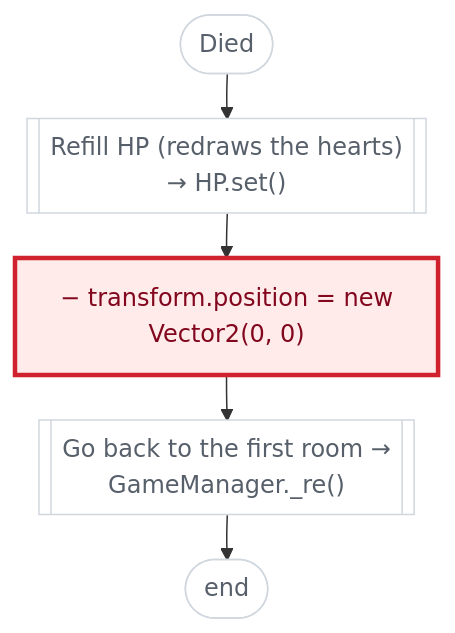
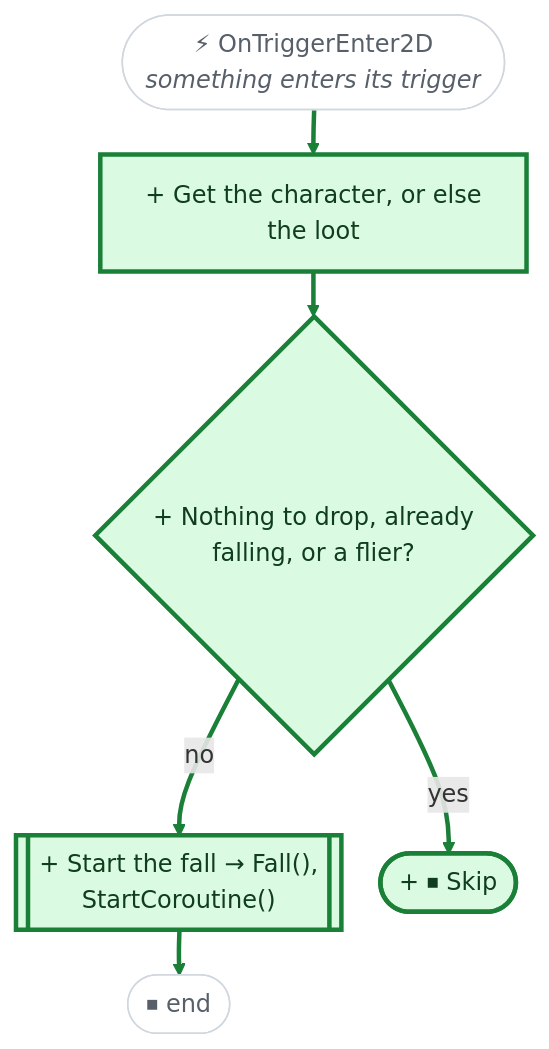
Before and after one commit to nataiai/Lord-of-the-Dungeon: the eighth of 11 diagrams in CodeGraph~/diffs/b47c315.md, drawn with Mermaid. The commit also changed other lines of this file and 57 other files, not shown here.

````diff
--- a/CodeGraph~/diffs/b47c315.md
+++ b/CodeGraph~/diffs/b47c315.md
@@ -343,26 +289,34 @@
 ```mermaid
 ---
 config:
   flowchart:
     wrappingWidth: 260
     nodeSpacing: 26
     rankSpacing: 30
 ---
 flowchart TD
-  nS(["Died"])
-  n104384[["Refill HP (redraws the hearts)<br>→ HP.set()"]]
-  n1361d2["− transform.position = new<br>Vector2(0, 0)"]
-  nbdc250[["Go back to the first room →<br>GameManager._re()"]]
-  nE(["end"])
-  nS --> n104384
-  n104384 --> n1361d2
-  n1361d2 --> nbdc250
-  nbdc250 --> nE
+  nS(["⚡ OnTriggerEnter2D<br><i>something enters its trigger</i>"])
+  nf75948["+ Get the character, or else<br>the loot"]
+  n2d4641{"+ Nothing to drop, already<br>falling, or a flier?"}
+  nbbfd1f[["+ Start the fall → Fall(),<br>StartCoroutine()"]]
+  nE(["⏹ end"])
+  nb2e4fc(["+ ⏹ Skip"])
+  nS --> nf75948
+  nf75948 --> n2d4641
+  n2d4641 -->|no| nbbfd1f
+  n2d4641 -->|yes| nb2e4fc
+  nbbfd1f --> nE
+  linkStyle 0 stroke:#1a7f37,stroke-width:3px
+  linkStyle 1 stroke:#1a7f37,stroke-width:3px
+  linkStyle 2 stroke:#1a7f37,stroke-width:3px
+  linkStyle 3 stroke:#1a7f37,stroke-width:3px
+  linkStyle 4 stroke:#1a7f37,stroke-width:3px
   classDef same fill:#ffffff,stroke:#d0d7de,color:#57606a
   classDef added fill:#dafbe1,stroke:#1a7f37,stroke-width:3px,color:#0f3d1d
-  classDef removed fill:#ffebe9,stroke:#cf222e,stroke-width:3px,color:#82071e
+  classDef removed fill:#ffebe9,stroke:#cf222e,stroke-width:3px,stroke-dasharray:6 4,color:#82071e
   classDef modified fill:#fff8c5,stroke:#bf8700,stroke-width:3px,color:#4d2d00
   classDef impacted fill:#ffffff,stroke:#6e7781,stroke-width:2px,stroke-dasharray:2 3,color:#24292f
-  class n1361d2 removed
-  class nS,n104384,nbdc250,nE same
+  classDef stub fill:#ffffff,stroke:#8c959f,stroke-dasharray:2 3,color:#8c959f
+  class nf75948,n2d4641,nb2e4fc,nbbfd1f added
+  class nS,nE same
 ```
````
